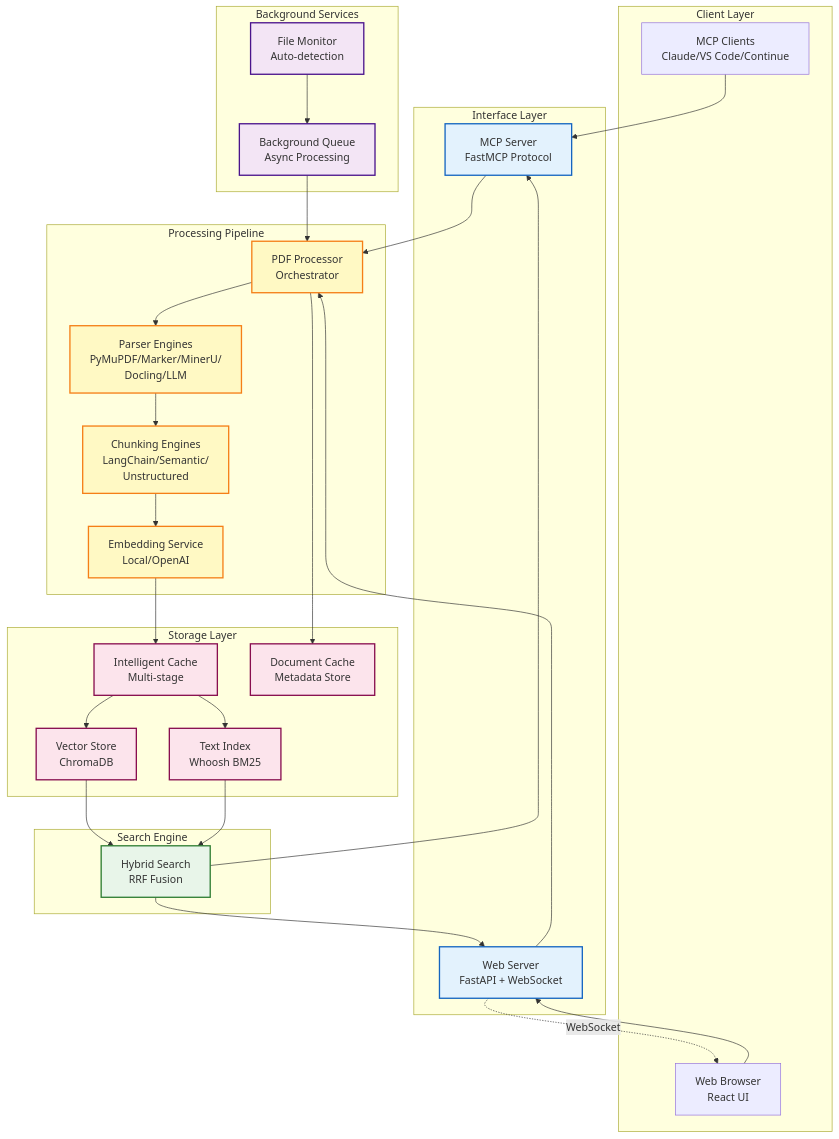
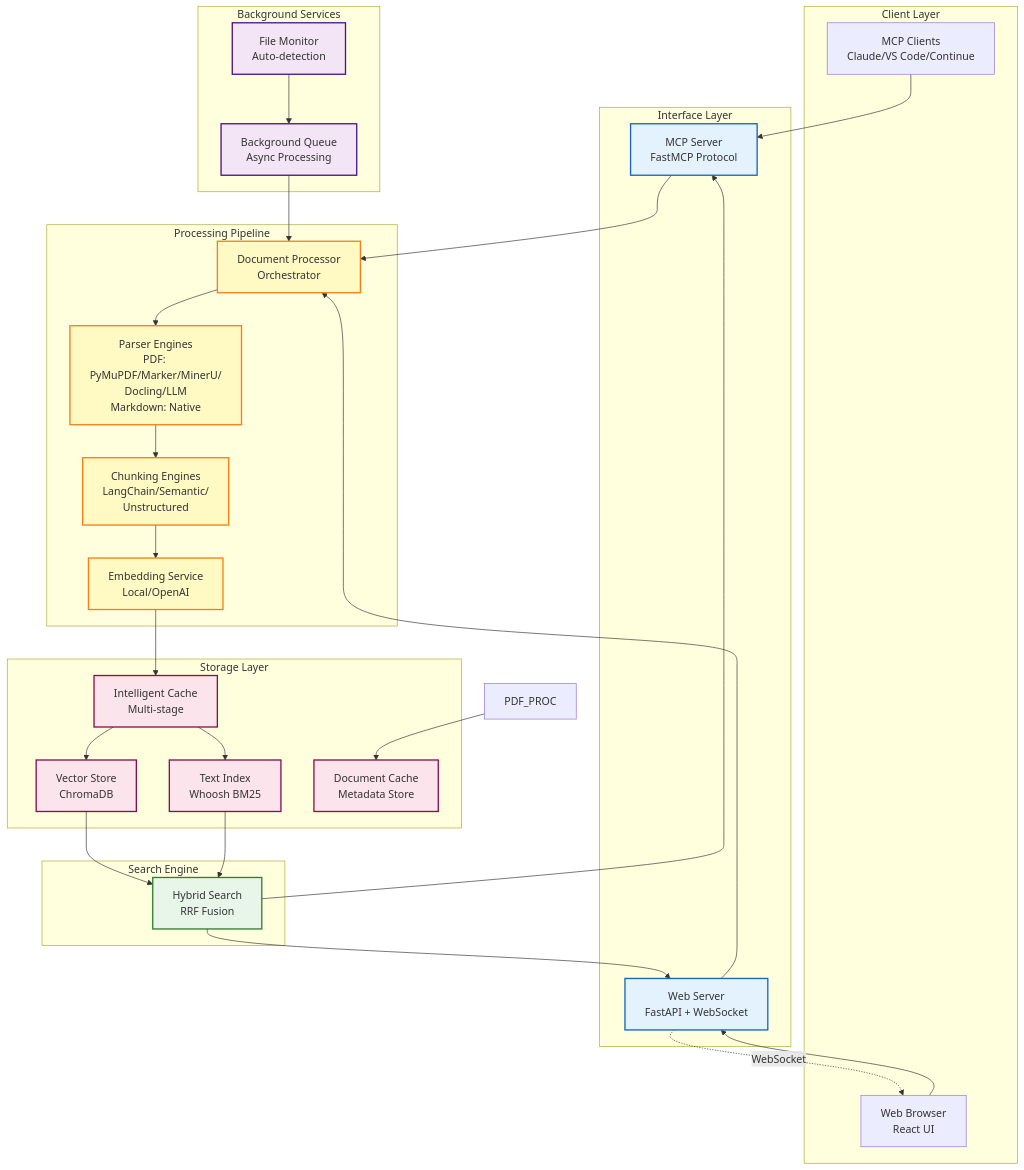
One commit to tekgnosis-net/pdfkb-mcp changed the first of 3 diagrams in docs/design.md. Above: the diagram before and after it, drawn with Mermaid. The commit also changed other lines of this file and 39 other files, not shown here.

First line of the commit message:
feat: add markdown document support and page-based chunking

````diff
--- a/docs/design.md
+++ b/docs/design.md
@@ -11,74 +11,74 @@
 ```mermaid
 graph TB
     subgraph "Client Layer"
         MCP_CLIENT[MCP Clients<br/>Claude/VS Code/Continue]
         WEB_CLIENT[Web Browser<br/>React UI]
     end
 
     subgraph "Interface Layer"
         MCP_SERVER[MCP Server<br/>FastMCP Protocol]
         WEB_SERVER[Web Server<br/>FastAPI + WebSocket]
     end
 
     subgraph "Processing Pipeline"
-        PDF_PROC[PDF Processor<br/>Orchestrator]
-        PARSERS[Parser Engines<br/>PyMuPDF/Marker/MinerU/<br/>Docling/LLM]
+        DOC_PROC[Document Processor<br/>Orchestrator]
+        PARSERS[Parser Engines<br/>PDF: PyMuPDF/Marker/MinerU/<br/>Docling/LLM<br/>Markdown: Native]
         CHUNKERS[Chunking Engines<br/>LangChain/Semantic/<br/>Unstructured]
         EMBED[Embedding Service<br/>Local/OpenAI]
     end
 
     subgraph "Storage Layer"
         CACHE[Intelligent Cache<br/>Multi-stage]
         VECTOR_DB[Vector Store<br/>ChromaDB]
         TEXT_IDX[Text Index<br/>Whoosh BM25]
         DOC_CACHE[Document Cache<br/>Metadata Store]
     end
 
     subgraph "Search Engine"
         HYBRID[Hybrid Search<br/>RRF Fusion]
     end
 
     subgraph "Background Services"
         QUEUE[Background Queue<br/>Async Processing]
         MONITOR[File Monitor<br/>Auto-detection]
     end
 
     MCP_CLIENT --> MCP_SERVER
     WEB_CLIENT --> WEB_SERVER
 
-    MCP_SERVER --> PDF_PROC
-    WEB_SERVER --> PDF_PROC
+    MCP_SERVER --> DOC_PROC
+    WEB_SERVER --> DOC_PROC
 
-    PDF_PROC --> PARSERS
+    DOC_PROC --> PARSERS
     PARSERS --> CHUNKERS
     CHUNKERS --> EMBED
 
     EMBED --> CACHE
     CACHE --> VECTOR_DB
     CACHE --> TEXT_IDX
 
     PDF_PROC --> DOC_CACHE
 
     VECTOR_DB --> HYBRID
     TEXT_IDX --> HYBRID
 
     HYBRID --> MCP_SERVER
     HYBRID --> WEB_SERVER
 
-    QUEUE --> PDF_PROC
+    QUEUE --> DOC_PROC
     MONITOR --> QUEUE
 
     WEB_SERVER -.->|WebSocket| WEB_CLIENT
 
     classDef interface fill:#e3f2fd,stroke:#1565c0,stroke-width:2px
     classDef processing fill:#fff9c4,stroke:#f57f17,stroke-width:2px
     classDef storage fill:#fce4ec,stroke:#880e4f,stroke-width:2px
     classDef search fill:#e8f5e9,stroke:#2e7d32,stroke-width:2px
     classDef background fill:#f3e5f5,stroke:#4a148c,stroke-width:2px
 
     class MCP_SERVER,WEB_SERVER interface
-    class PDF_PROC,PARSERS,CHUNKERS,EMBED processing
+    class DOC_PROC,PARSERS,CHUNKERS,EMBED processing
     class CACHE,VECTOR_DB,TEXT_IDX,DOC_CACHE storage
     class HYBRID search
     class QUEUE,MONITOR background
 ```
````
